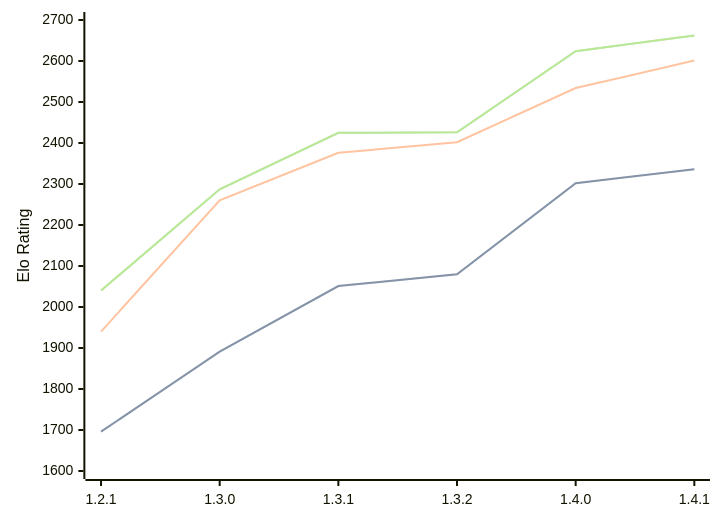
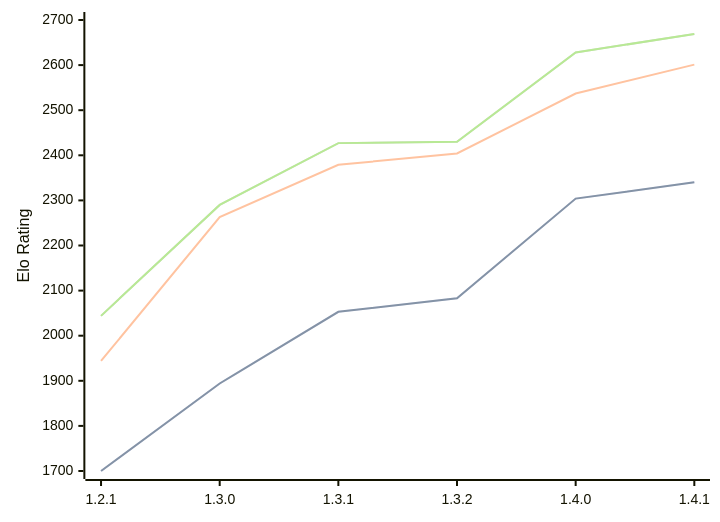
Before and after one commit to computer-chess-index/cci: the diagram in engines/Chal.md, drawn with Mermaid. The commit also changed other lines of this file, not shown here.

Commit message:
Update CCI Ratings (ELO VLTC) - 2026-04-30

````diff
--- a/engines/Chal.md
+++ b/engines/Chal.md
@@ -39,11 +39,11 @@
 ```mermaid
 %%{init: {"theme":"base","themeVariables":{"seriesColors:['#a3a3a3','#222221','#faa371']}}}%%
 xychart-beta
   x-axis ["1.2.1", "1.3.0", "1.3.1", "1.3.2", "1.4.0", "1.4.1"]
-  y-axis "Elo Rating" 1600 --> 2700
-  line "STC (8.0+0.08s)" [1696, 1891, 2051, 2080, 2302, 2336]
-  line "STC (8.0+0.08s)" [1696, 1891, 2051, 2080, 2302, 2336]
-  line "LTC (60.0+0.60s)" [1940, 2260, 2376, 2402, 2534, 2601]
-  line "VLTC (2m24s+1.12s)" [2040, 2287, 2425, 2426, 2624, 2662]
-  line "VLTC (2m24s+1.12s)" [2040, 2287, 2425, 2426, 2624, 2662]
+  y-axis "Elo Rating" 1700 --> 2700
+  line "STC (8.0+0.08s)" [1700, 1894, 2053, 2083, 2304, 2340]
+  line "STC (8.0+0.08s)" [1700, 1894, 2053, 2083, 2304, 2340]
+  line "LTC (60.0+0.60s)" [1944, 2263, 2379, 2404, 2537, 2601]
+  line "VLTC (2m24s+1.12s)" [2044, 2290, 2427, 2430, 2628, 2669]
+  line "VLTC (2m24s+1.12s)" [2044, 2290, 2427, 2430, 2628, 2669]
 ```
````
